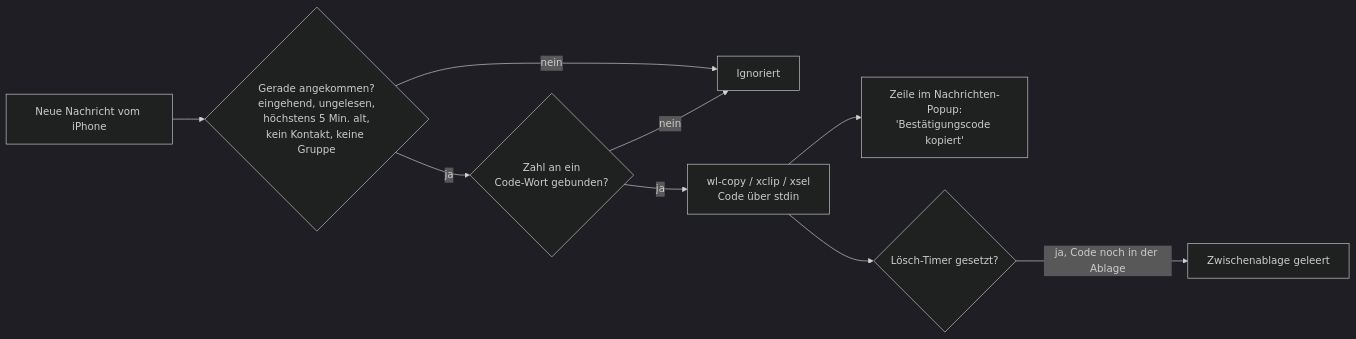
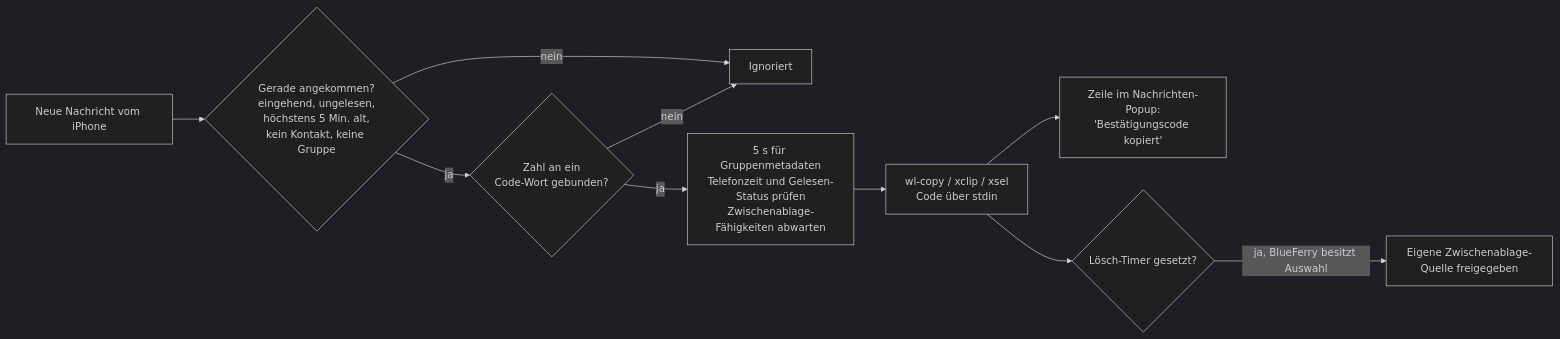
One commit to erikwb/blueferry changed the diagram in docs/de/user/otp-autocopy.md. Above: the diagram before and after it, drawn with Mermaid (dark theme). The commit also changed other lines of this file and 20 other files, not shown here.

````diff
--- a/docs/de/user/otp-autocopy.md
+++ b/docs/de/user/otp-autocopy.md
@@ -14,11 +14,12 @@
 ```mermaid
 flowchart LR
     A[Neue Nachricht vom iPhone] --> B{Gerade angekommen?<br/>eingehend, ungelesen,<br/>höchstens 5 Min. alt,<br/>kein Kontakt, keine Gruppe}
     B -- nein --> X[Ignoriert]
     B -- ja --> C{Zahl an ein<br/>Code-Wort gebunden?}
     C -- nein --> X
-    C -- ja --> D[wl-copy / xclip / xsel<br/>Code über stdin]
+    C -- ja --> M[5 s für Gruppenmetadaten<br/>Telefonzeit und Gelesen-Status prüfen<br/>Zwischenablage-Fähigkeiten abwarten]
+    M --> D[wl-copy / xclip / xsel<br/>Code über stdin]
     D --> E[Zeile im Nachrichten-Popup:<br/>'Bestätigungscode kopiert']
     D --> F{Lösch-Timer gesetzt?}
-    F -- ja, Code noch in der Ablage --> G[Zwischenablage geleert]
+    F -- ja, BlueFerry besitzt Auswahl --> G[Eigene Zwischenablage-Quelle freigegeben]
 ```
````
